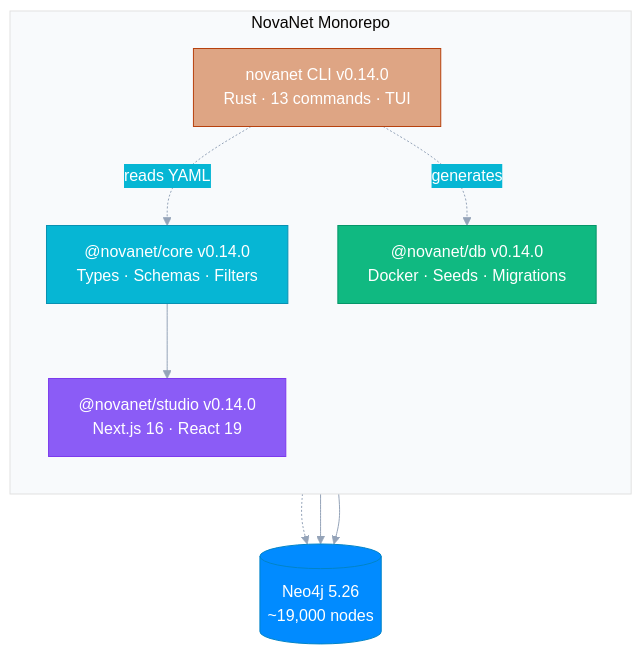
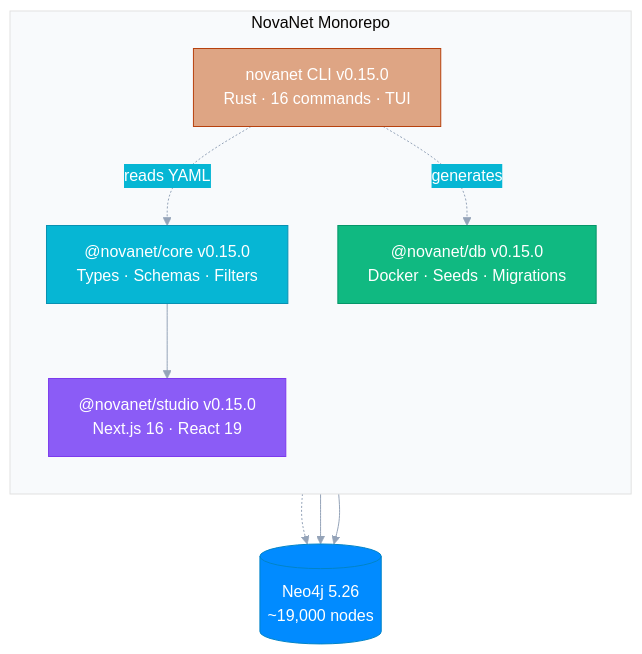
The diagram in README.md (supernovae-st/novanet), drawn with Mermaid before and after one commit. The commit also changed other lines of this file and 3 other files, not shown here.

````diff
--- a/README.md
+++ b/README.md
@@ -46,33 +46,33 @@
 ```mermaid
 %%{init: {'theme': 'base', 'themeVariables': {
   'primaryColor': '#6366f1',
   'primaryTextColor': '#fff',
   'primaryBorderColor': '#4f46e5',
   'lineColor': '#94a3b8',
   'secondaryColor': '#06b6d4',
   'tertiaryColor': '#f8fafc'
 }}}%%
 flowchart TB
     subgraph MONO["NovaNet Monorepo"]
         direction TB
-        CORE["@novanet/core v0.14.0\nTypes · Schemas · Filters"]
-        DB["@novanet/db v0.14.0\nDocker · Seeds · Migrations"]
-        STUDIO["@novanet/studio v0.14.0\nNext.js 16 · React 19"]
-        RUST["novanet CLI v0.14.0\nRust · 13 commands · TUI"]
+        CORE["@novanet/core v0.15.0\nTypes · Schemas · Filters"]
+        DB["@novanet/db v0.15.0\nDocker · Seeds · Migrations"]
+        STUDIO["@novanet/studio v0.15.0\nNext.js 16 · React 19"]
+        RUST["novanet CLI v0.15.0\nRust · 16 commands · TUI"]
     end
 
     CORE --> STUDIO
     RUST -.->|reads YAML| CORE
     RUST -.->|generates| DB
 
     NEO4J[("Neo4j 5.26\n~19,000 nodes")]
     DB -.-> NEO4J
     STUDIO --> NEO4J
     RUST --> NEO4J
 
     style CORE fill:#06b6d4,stroke:#0891b2,color:#fff
     style DB fill:#10b981,stroke:#059669,color:#fff
     style STUDIO fill:#8b5cf6,stroke:#7c3aed,color:#fff
     style RUST fill:#DEA584,stroke:#B7410E,color:#fff
     style NEO4J fill:#018bff,stroke:#0284c7,color:#fff
 ```
````
